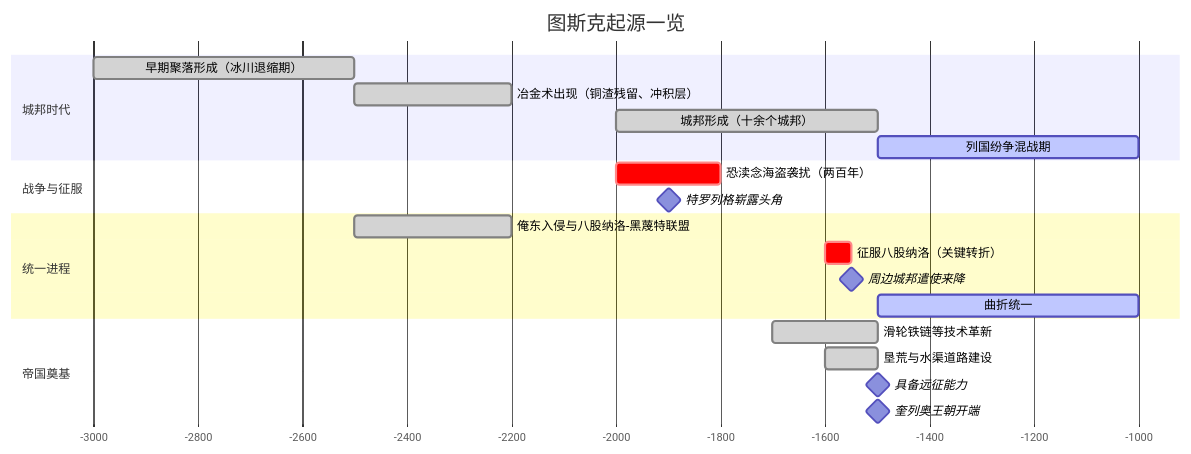
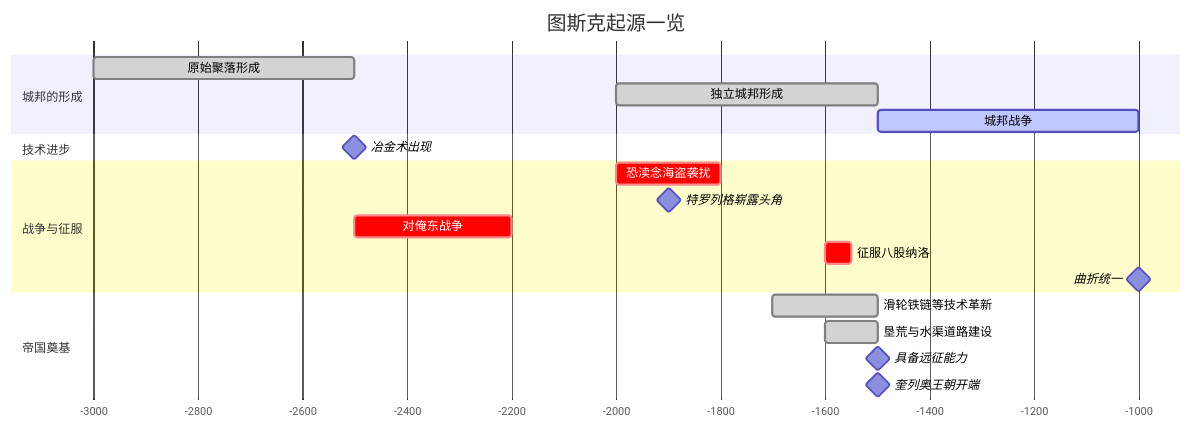
One commit to Phychias/Laaerad changed the first of 3 diagrams in docs/zh/历史长河/图斯克帝国史.md. Above: the diagram before and after it, drawn with Mermaid. The commit also changed other lines of this file and 1 other file, not shown here.

Commit message:
小型文档更新: 2026-06-25 23:38:36

````diff
--- a/docs/zh/历史长河/图斯克帝国史.md
+++ b/docs/zh/历史长河/图斯克帝国史.md
@@ -12,28 +13,28 @@
 ```mermaid
 gantt
     title 图斯克起源一览
     dateFormat YYYY
     axisFormat %Y
     
-    section 城邦时代
-    早期聚落形成（冰川退缩期）           :done, a1, -003000, 500y
-    冶金术出现（铜渣残留、冲积层）       :done, a2, -002500, 300y
-    城邦形成（十余个城邦）               :done, a3, -002000, 500y
-    列国纷争混战期                       :active, a4, -001500, 500y
+    section 城邦的形成
+    原始聚落形成           :done, a1, -003000, 500y
+    
+    独立城邦形成               :done, a3, -002000, 500y
+    城邦战争                       :active, a4, -001500, 500y
+    
+    section 技术进步
+	冶金术出现      :milestone, a2, -002500, 
     
     section 战争与征服
-    恐渎念海盗袭扰（两百年）             :crit, b1, -002000, 200y
+    恐渎念海盗袭扰             :crit, b1, -002000, 200y
     特罗列格崭露头角                     :milestone, b2, -001900, 0d
-    
-    section 统一进程
-    俺东入侵与八股纳洛-黑蔑特联盟       :done, c1, -002500, 300y
-    征服八股纳洛（关键转折）             :crit, c2, -001600, 50y
-    周边城邦遣使来降                     :milestone, c3, -001550, 0d
-    曲折统一                             :active, c4, -001500, 500y
+    对俺东战争      :crit, c1, -002500, 300y
+    征服八股纳洛            :crit, c2, -001600, 50y
+    曲折统一                             :milestone, c4, -001000, 0d
     
     section 帝国奠基
     滑轮铁链等技术革新                   :done, d1, -001700, 200y
     垦荒与水渠道路建设                   :done, d2, -001600, 100y
     具备远征能力                         :milestone, d3, -001500, 0d
     奎列奥王朝开端                       :milestone, d4, -001500, 0d
 ```
````
